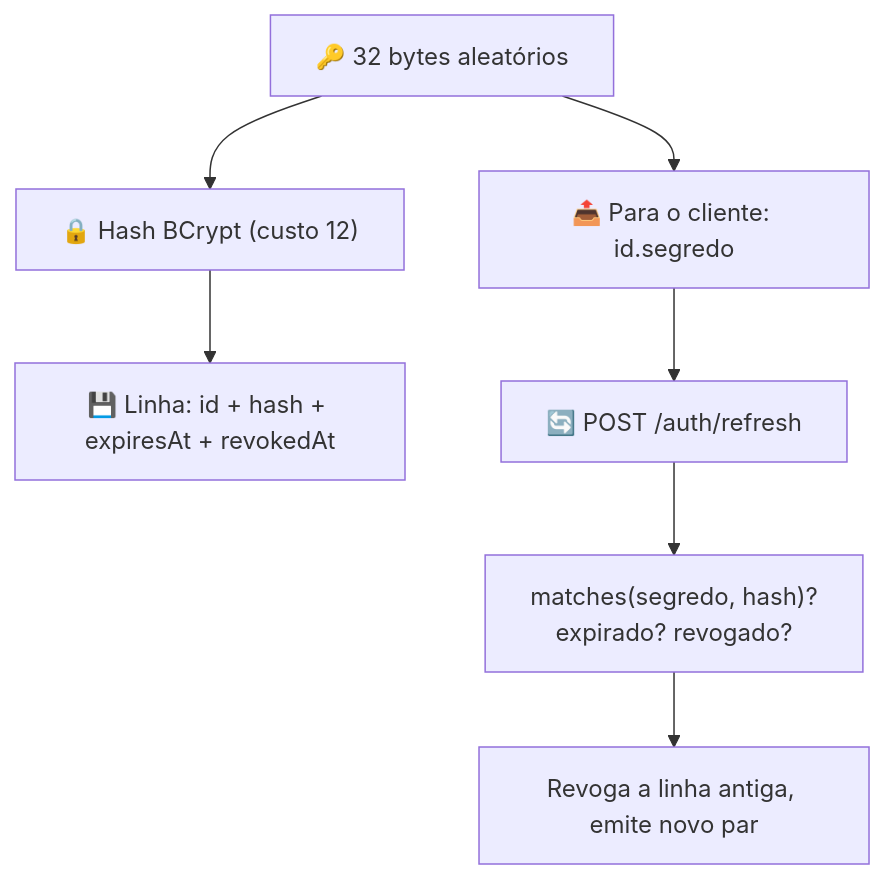
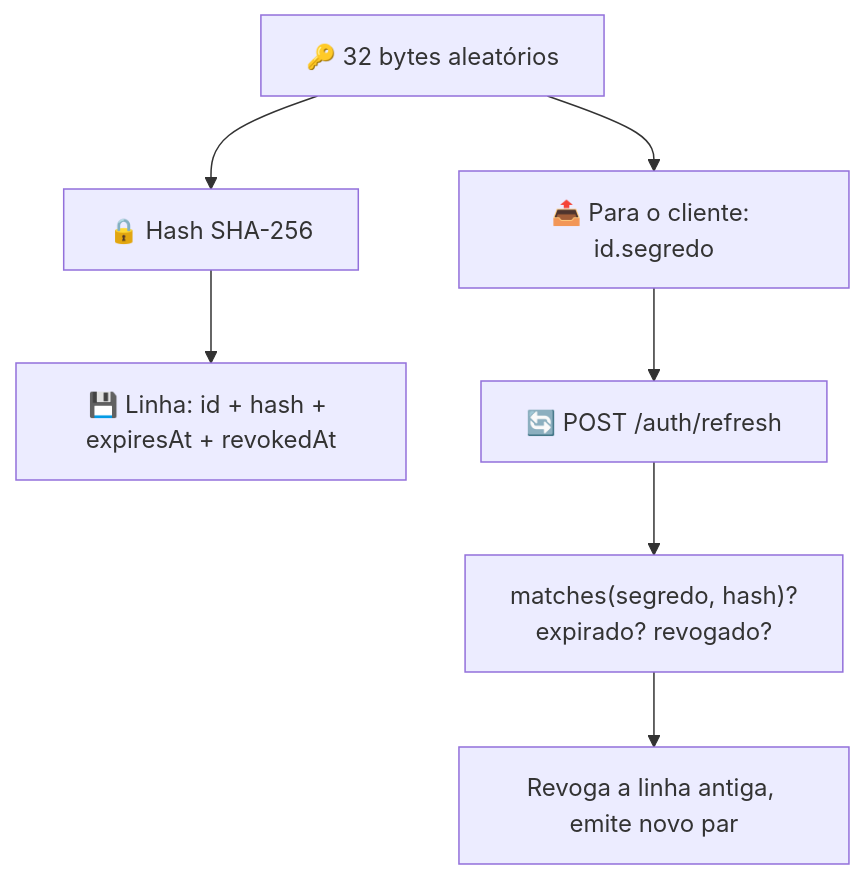
Before and after one commit to AndDev741/Beyou-arch-design: the third of 3 diagrams in architecture/security/pt.md, drawn with Mermaid. The commit also changed other lines of this file and 1 other file, not shown here.

First line of the commit message:
docs(security): refresh tokens are SHA-256 hashed; preflights cached 1 h

````diff
--- a/architecture/security/pt.md
+++ b/architecture/security/pt.md
@@ -188,9 +192,9 @@
 ```mermaid
 flowchart TD
-  CR["🔑 32 bytes aleatórios"] --> HASH["🔒 Hash BCrypt (custo 12)"]
+  CR["🔑 32 bytes aleatórios"] --> HASH["🔒 Hash SHA-256"]
   HASH --> DB["💾 Linha: id + hash + expiresAt + revokedAt"]
   CR --> OUT["📤 Para o cliente: id.segredo"]
   OUT --> REF["🔄 POST /auth/refresh"]
   REF --> MATCH["matches(segredo, hash)?<br/>expirado? revogado?"]
   MATCH --> ROT["Revoga a linha antiga, emite novo par"]
 ```
````
